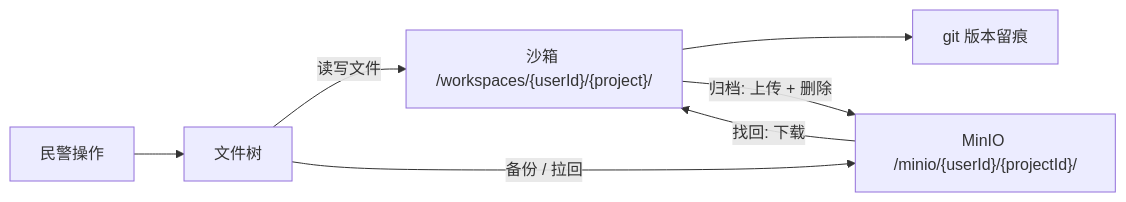
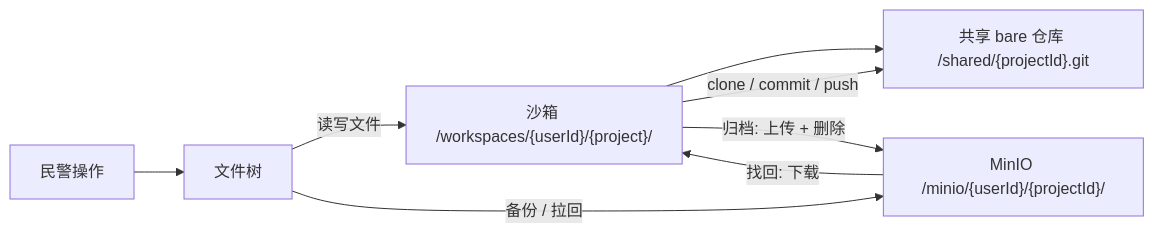
One commit to huangandy007/openhive changed the diagram in docs/superpowers/specs/005-project-management/plan.md. Above: the diagram before and after it, drawn with Mermaid. The commit also changed other lines of this file and 5 other files, not shown here.

````diff
--- a/docs/superpowers/specs/005-project-management/plan.md
+++ b/docs/superpowers/specs/005-project-management/plan.md
@@ -111,9 +112,10 @@
 ```mermaid
 flowchart LR
     USER[民警操作] --> TREE[文件树]
     TREE -->|读写文件| WS["沙箱 /workspaces/{userId}/{project}/"]
-    WS --> GIT[git 版本留痕]
+    WS --> GIT["共享 bare 仓库 /shared/{projectId}.git"]
+    WS -->|"clone / commit / push"| GIT
     TREE -->|备份 / 拉回| MINIO["MinIO /minio/{userId}/{projectId}/"]
     WS -->|归档: 上传 + 删除| MINIO
     MINIO -->|找回: 下载| WS
 ```
````
